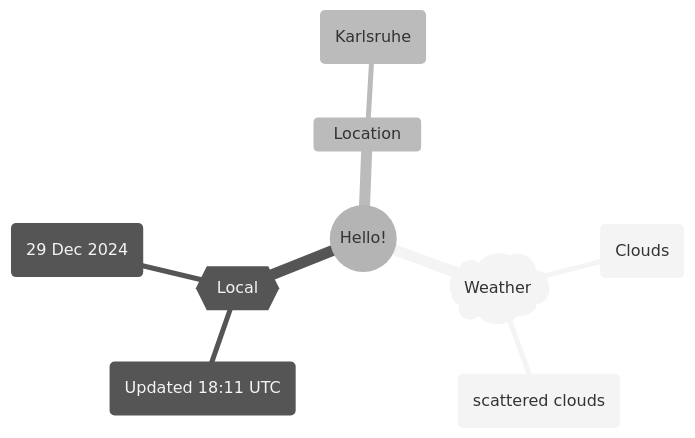
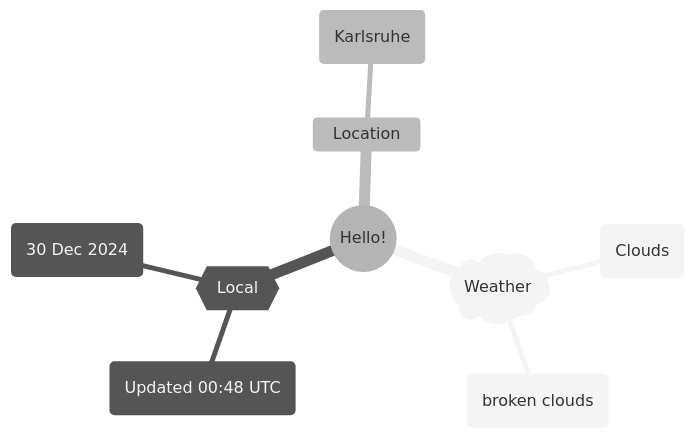
Before and after one commit to Xosrov/Xosrov: the first of 2 diagrams in README.md, drawn with Mermaid (neutral theme).

Commit message:
[bot] updated images

````diff
--- a/README.md
+++ b/README.md
@@ -3,12 +3,12 @@
 ```mermaid
 mindmap
   root((Hello!))
     )Weather(
         (Clouds)
-        (scattered clouds)
+        (broken clouds)
     {{Local}}
-        (Updated 18:11 UTC)
-        (29 Dec 2024)
+        (Updated 00:48 UTC)
+        (30 Dec 2024)
     Location
         (Karlsruhe)
 ```
````
